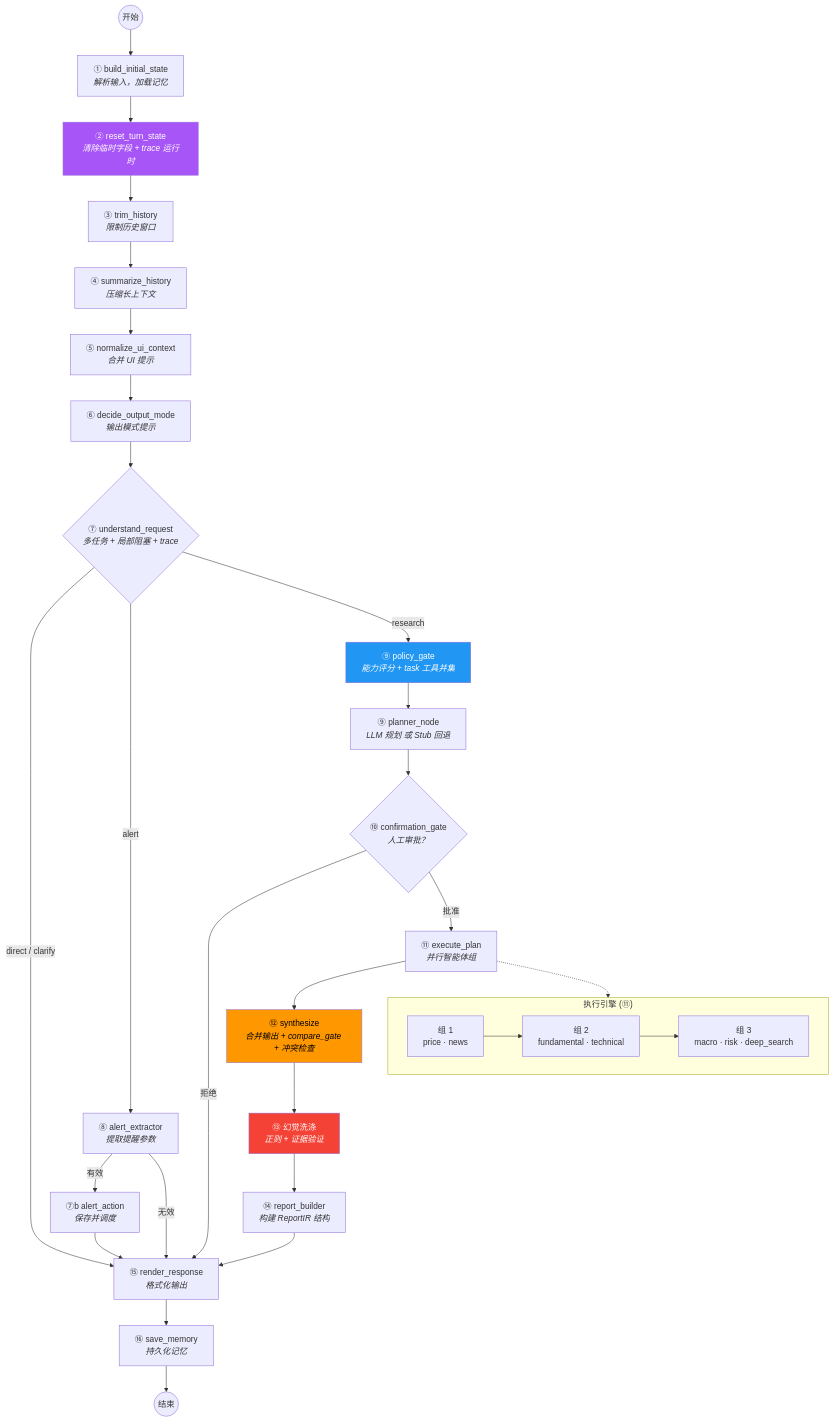
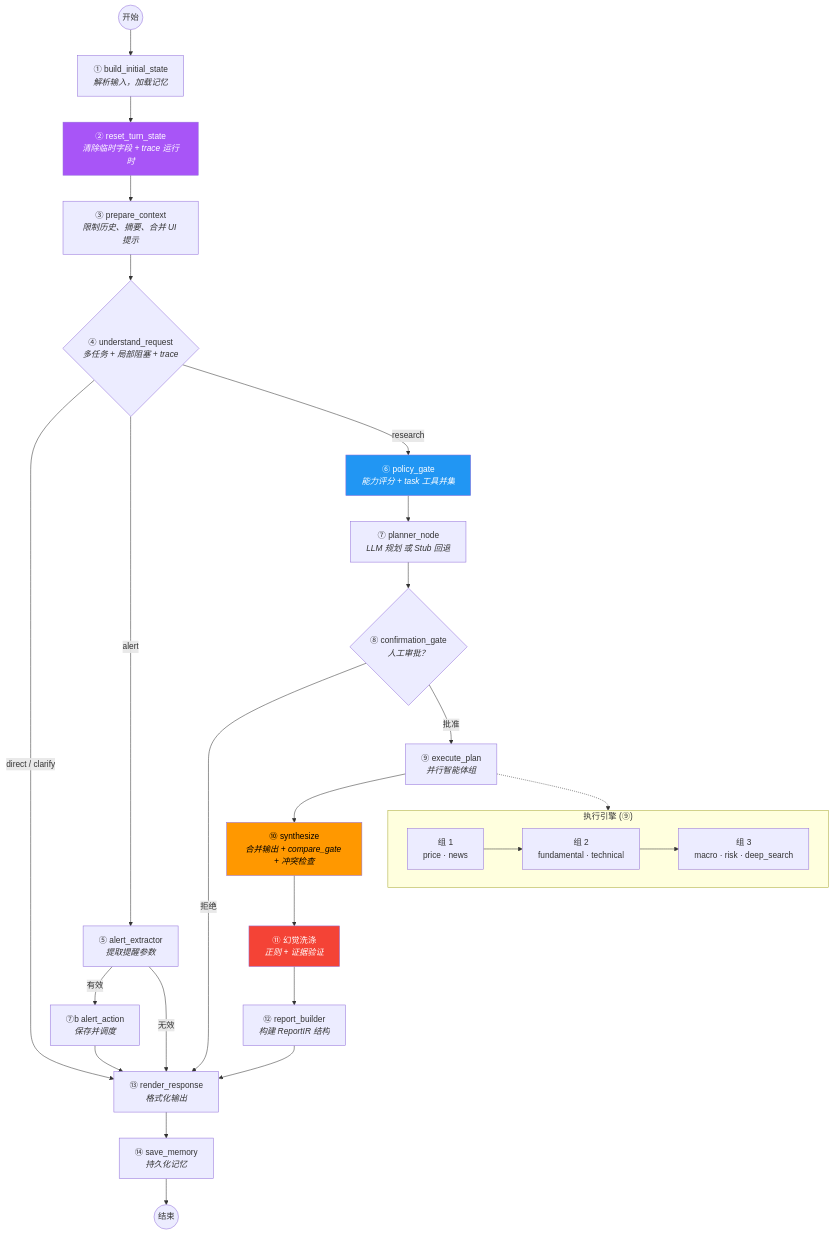
One commit to kkkano/FinSight changed the second of 7 diagrams in readme_cn.md. Above: the diagram before and after it, drawn with Mermaid. The commit also changed other lines of this file and 13 other files, not shown here.

Commit message:
docs: finalize request understanding architecture

````diff
--- a/readme_cn.md
+++ b/readme_cn.md
@@ -254,42 +254,39 @@
 ```mermaid
 flowchart TD
     START((开始)) --> INIT["① build_initial_state<br/><i>解析输入，加载记忆</i>"]
     INIT --> RESET["② reset_turn_state<br/><i>清除临时字段 + trace 运行时</i>"]
-    RESET --> TRIM["③ trim_history<br/><i>限制历史窗口</i>"]
-    TRIM --> SUMMARY["④ summarize_history<br/><i>压缩长上下文</i>"]
-    SUMMARY --> CTX["⑤ normalize_ui_context<br/><i>合并 UI 提示</i>"]
-    CTX --> MODE["⑥ decide_output_mode<br/><i>输出模式提示</i>"]
-    MODE --> UNDERSTAND{"⑦ understand_request<br/><i>多任务 + 局部阻塞 + trace</i>"}
+    RESET --> PREPARE["③ prepare_context<br/><i>限制历史、摘要、合并 UI 提示</i>"]
+    PREPARE --> UNDERSTAND{"④ understand_request<br/><i>多任务 + 局部阻塞 + trace</i>"}
 
     UNDERSTAND -->|"direct / clarify"| RENDER
-    UNDERSTAND -->|"alert"| ALERT_EX["⑧ alert_extractor<br/><i>提取提醒参数</i>"]
+    UNDERSTAND -->|"alert"| ALERT_EX["⑤ alert_extractor<br/><i>提取提醒参数</i>"]
     ALERT_EX -->|"有效"| ALERT_ACT["⑦b alert_action<br/><i>保存并调度</i>"]
     ALERT_EX -->|"无效"| RENDER
     ALERT_ACT --> RENDER
-    UNDERSTAND -->|"research"| POLICY["⑨ policy_gate<br/><i>能力评分 + task 工具并集</i>"]
-    POLICY --> PLAN["⑨ planner_node<br/><i>LLM 规划 或 Stub 回退</i>"]
+    UNDERSTAND -->|"research"| POLICY["⑥ policy_gate<br/><i>能力评分 + task 工具并集</i>"]
+    POLICY --> PLAN["⑦ planner_node<br/><i>LLM 规划 或 Stub 回退</i>"]
 
-    PLAN --> CONFIRM{"⑩ confirmation_gate<br/><i>人工审批？</i>"}
+    PLAN --> CONFIRM{"⑧ confirmation_gate<br/><i>人工审批？</i>"}
     CONFIRM -->|"拒绝"| RENDER
-    CONFIRM -->|"批准"| EXEC["⑪ execute_plan<br/><i>并行智能体组</i>"]
+    CONFIRM -->|"批准"| EXEC["⑨ execute_plan<br/><i>并行智能体组</i>"]
 
-    EXEC --> SYNTH["⑫ synthesize<br/><i>合并输出 + compare_gate + 冲突检查</i>"]
-    SYNTH --> SCRUB["⑬ 幻觉洗涤<br/><i>正则 + 证据验证</i>"]
-    SCRUB --> BUILD["⑭ report_builder<br/><i>构建 ReportIR 结构</i>"]
-    BUILD --> RENDER["⑮ render_response<br/><i>格式化输出</i>"]
-    RENDER --> SAVE["⑯ save_memory<br/><i>持久化记忆</i>"]
+    EXEC --> SYNTH["⑩ synthesize<br/><i>合并输出 + compare_gate + 冲突检查</i>"]
+    SYNTH --> SCRUB["⑪ 幻觉洗涤<br/><i>正则 + 证据验证</i>"]
+    SCRUB --> BUILD["⑫ report_builder<br/><i>构建 ReportIR 结构</i>"]
+    BUILD --> RENDER["⑬ render_response<br/><i>格式化输出</i>"]
+    RENDER --> SAVE["⑭ save_memory<br/><i>持久化记忆</i>"]
     SAVE --> END((结束))
 
-    subgraph "执行引擎 (⑪)"
+    subgraph "执行引擎 (⑨)"
         direction LR
         EG1["组 1<br/>price · news"] --> EG2["组 2<br/>fundamental · technical"]
         EG2 --> EG3["组 3<br/>macro · risk · deep_search"]
     end
 
     EXEC -.-> EG1
 
     style RESET fill:#a855f7,color:#fff
     style SYNTH fill:#ff9800,color:#000
     style SCRUB fill:#f44336,color:#fff
     style POLICY fill:#2196f3,color:#fff
 ```
````
